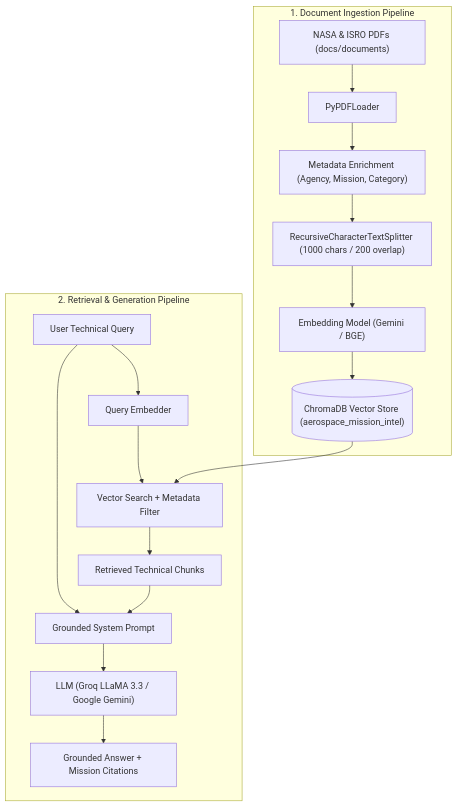
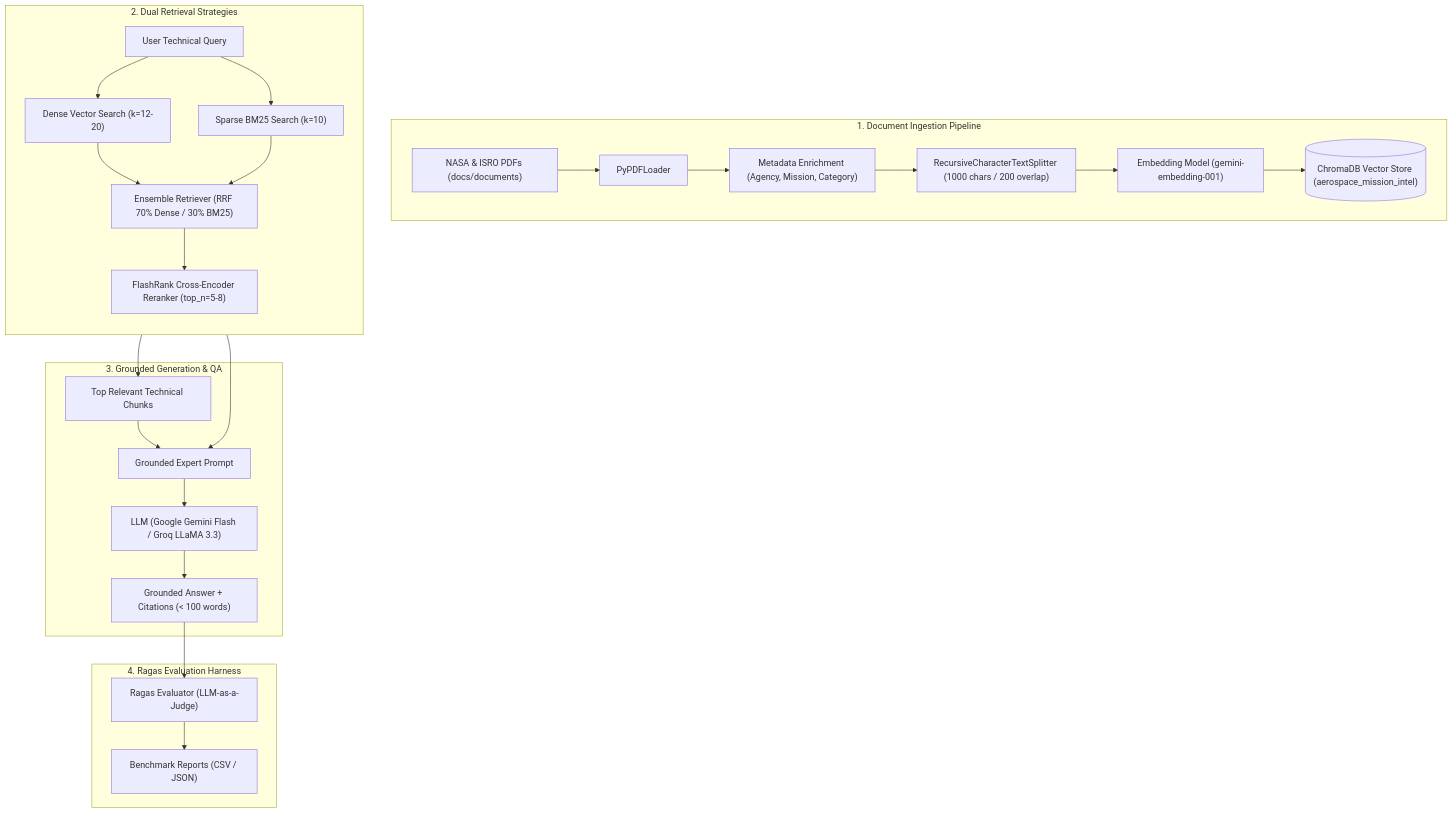
The diagram in README.md (shaikhjahir750/AreoRAG), drawn with Mermaid before and after one commit. The commit also changed other lines of this file and 11 other files, not shown here.

First line of the commit message:
fixed the evaluation pipeline

````diff
--- a/README.md
+++ b/README.md
@@ -38,21 +44,32 @@
 ```mermaid
 flowchart TD
     subgraph Data_Ingestion ["1. Document Ingestion Pipeline"]
         PDFs["NASA & ISRO PDFs (docs/documents)"] --> Loader["PyPDFLoader"]
         Loader --> Meta["Metadata Enrichment (Agency, Mission, Category)"]
         Meta --> Chunker["RecursiveCharacterTextSplitter (1000 chars / 200 overlap)"]
-        Chunker --> Embedder["Embedding Model (Gemini / BGE)"]
+        Chunker --> Embedder["Embedding Model (gemini-embedding-001)"]
         Embedder --> VectorDB[("ChromaDB Vector Store (aerospace_mission_intel)")]
     end
 
-    subgraph Query_Pipeline ["2. Retrieval & Generation Pipeline"]
-        UserQuery["User Technical Query"] --> QueryEmbed["Query Embedder"]
-        QueryEmbed --> Search["Vector Search + Metadata Filter"]
-        VectorDB --> Search
-        Search --> Context["Retrieved Technical Chunks"]
-        Context --> Prompt["Grounded System Prompt"]
+    subgraph Retrieval_Strategies ["2. Dual Retrieval Strategies"]
+        direction TB
+        UserQuery["User Technical Query"] --> DenseRetriever["Dense Vector Search (k=12-20)"]
+        UserQuery --> SparseRetriever["Sparse BM25 Search (k=10)"]
+        DenseRetriever --> Ensemble["Ensemble Retriever (RRF 70% Dense / 30% BM25)"]
+        SparseRetriever --> Ensemble
+        Ensemble --> FlashRank["FlashRank Cross-Encoder Reranker (top_n=5-8)"]
+    end
+
+    subgraph Generation_Pipeline ["3. Grounded Generation & QA"]
+        FlashRank --> Context["Top Relevant Technical Chunks"]
+        Context --> Prompt["Grounded Expert Prompt"]
         UserQuery --> Prompt
-        Prompt --> LLM["LLM (Groq LLaMA 3.3 / Google Gemini)"]
-        LLM --> Response["Grounded Answer + Mission Citations"]
+        Prompt --> LLM["LLM (Google Gemini Flash / Groq LLaMA 3.3)"]
+        LLM --> Response["Grounded Answer + Citations (< 100 words)"]
+    end
+
+    subgraph Evaluation_Harness ["4. Ragas Evaluation Harness"]
+        Response --> Ragas["Ragas Evaluator (LLM-as-a-Judge)"]
+        Ragas --> Report["Benchmark Reports (CSV / JSON)"]
     end
 ```
````
